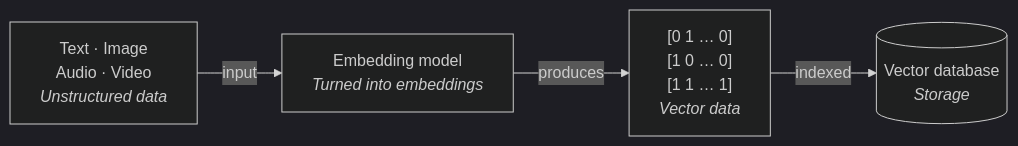
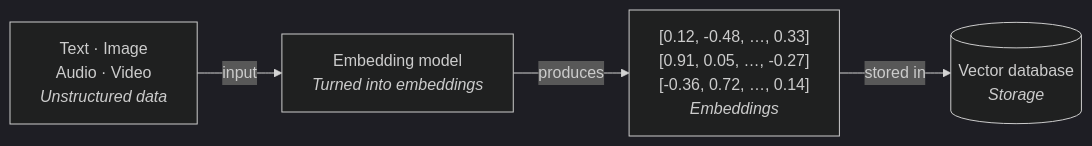
Before and after one commit to jcontrerasm/jcontrerasm.github.io: the second of 7 diagrams in src/content/blog/en/que-es-rag.md, drawn with Mermaid (dark theme). The commit also changed other lines of this file and 21 other files, not shown here.

````diff
--- a/src/content/blog/en/que-es-rag.md
+++ b/src/content/blog/en/que-es-rag.md
@@ -57,8 +66,8 @@
 ```mermaid
 flowchart LR
     A["Text · Image<br/>Audio · Video<br/><i>Unstructured data</i>"]
     B["Embedding model<br/><i>Turned into embeddings</i>"]
-    C["[0 1 … 0]<br/>[1 0 … 0]<br/>[1 1 … 1]<br/><i>Vector data</i>"]
+    C["[0.12, -0.48, …, 0.33]<br/>[0.91, 0.05, …, -0.27]<br/>[-0.36, 0.72, …, 0.14]<br/><i>Embeddings</i>"]
     D[("Vector database<br/><i>Storage</i>")]
-    A -->|input| B -->|produces| C -->|indexed| D
+    A -->|input| B -->|produces| C -->|stored in| D
 ```
````
